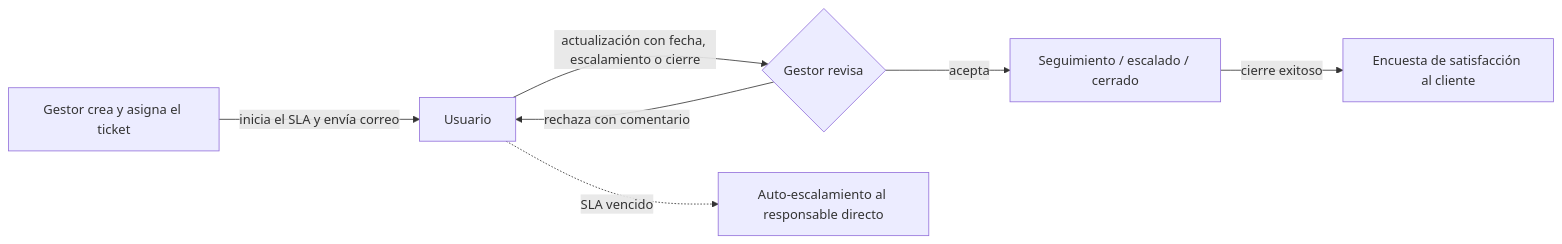
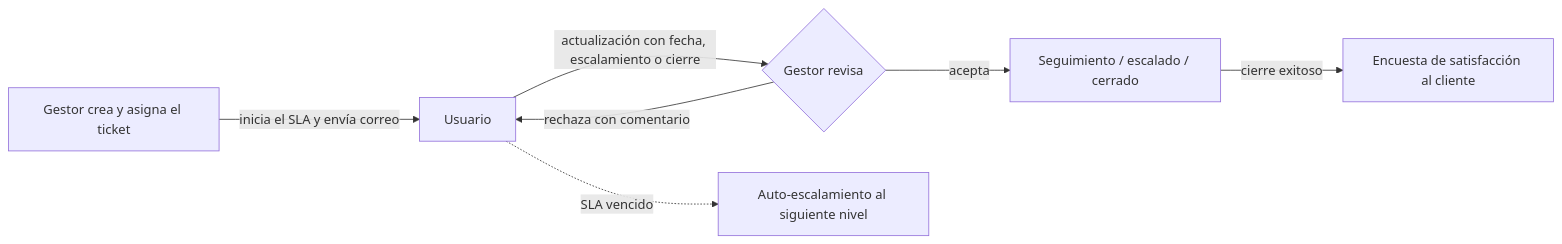
The diagram in README.md (DatzinDev/OpenDesk), drawn with Mermaid before and after one commit. The commit also changed other lines of this file and 4 other files, not shown here.

````diff
--- a/README.md
+++ b/README.md
@@ -40,9 +40,9 @@
 ```mermaid
 flowchart LR
     G[Gestor crea y asigna el ticket] -->|inicia el SLA y envía correo| U[Usuario]
     U -->|actualización con fecha, escalamiento o cierre| P{Gestor revisa}
     P -->|acepta| S[Seguimiento / escalado / cerrado]
     P -->|rechaza con comentario| U
     S -->|cierre exitoso| E[Encuesta de satisfacción al cliente]
-    U -.->|SLA vencido| R[Auto-escalamiento al responsable directo]
+    U -.->|SLA vencido| R[Auto-escalamiento al siguiente nivel]
 ```
````
